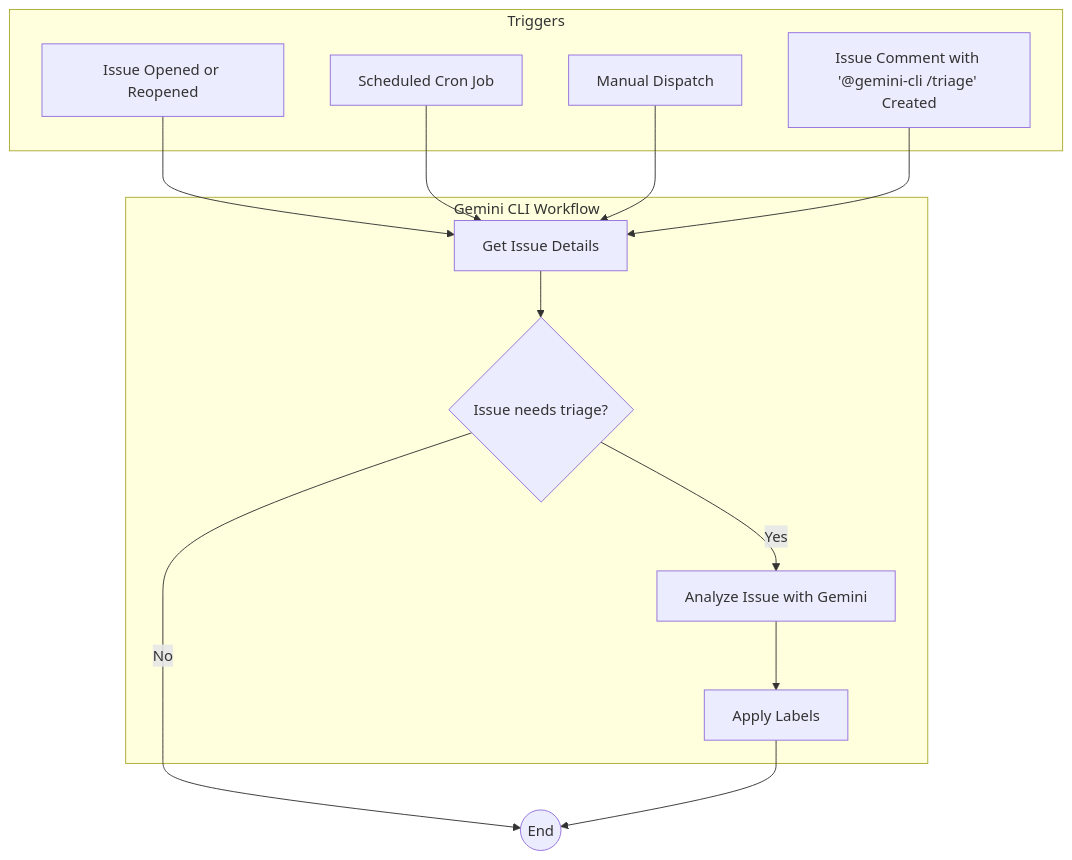
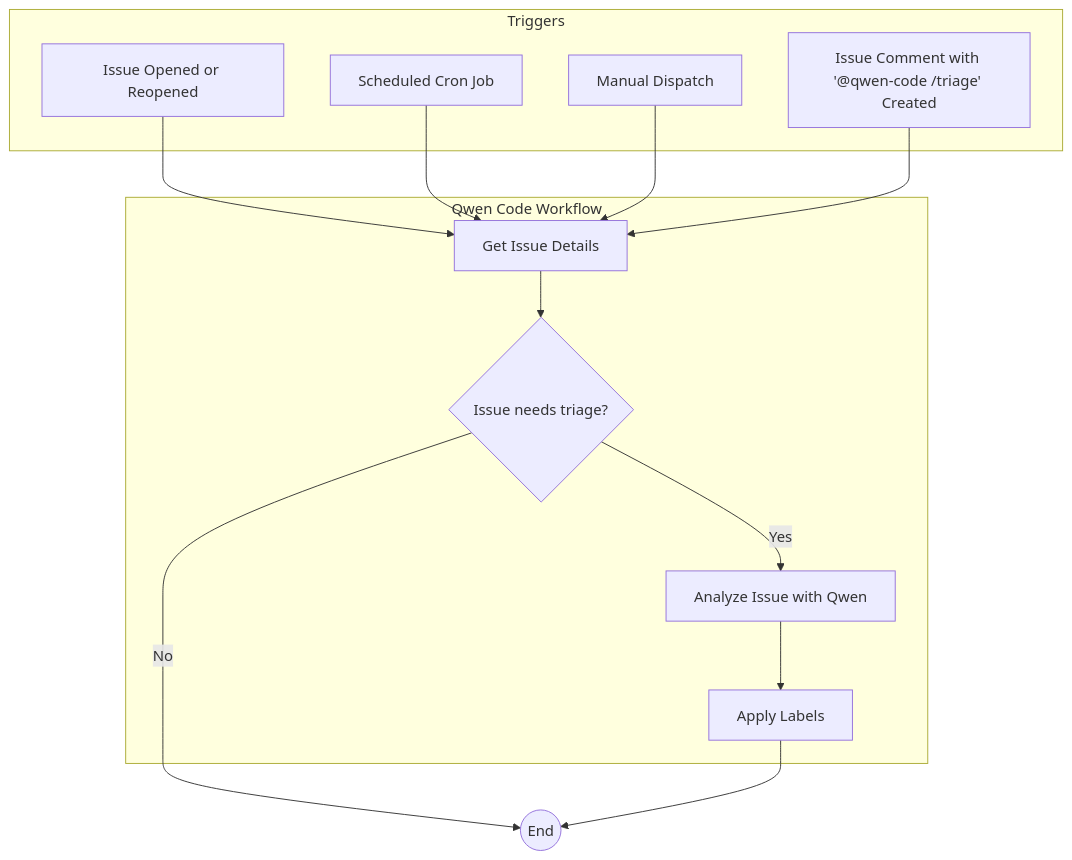
The diagram in examples/workflows/issue-triage/README.md (QwenLM/qwen-code-action), drawn with Mermaid before and after one commit. The commit also changed other lines of this file and 22 other files, not shown here.

First line of the commit message:
chore: rename project from run-gemini-cli to qwen-code-action

````diff
--- a/examples/workflows/issue-triage/README.md
+++ b/examples/workflows/issue-triage/README.md
@@ -107,26 +106,26 @@
 ```mermaid
 flowchart TD
     subgraph "Triggers"
         A[Issue Opened or Reopened]
         B[Scheduled Cron Job]
         C[Manual Dispatch]
-        D[Issue Comment with '@gemini-cli /triage' Created]
+        D[Issue Comment with '@qwen-code /triage' Created]
     end
 
-    subgraph "Gemini CLI Workflow"
+    subgraph "Qwen Code Workflow"
         E[Get Issue Details]
         F{Issue needs triage?}
-        G[Analyze Issue with Gemini]
+        G[Analyze Issue with Qwen]
         H[Apply Labels]
     end
 
     A --> E
     B --> E
     C --> E
     D --> E
     E --> F
     F -- Yes --> G
     G --> H
     F -- No --> J((End))
     H --> J
 ```
````
